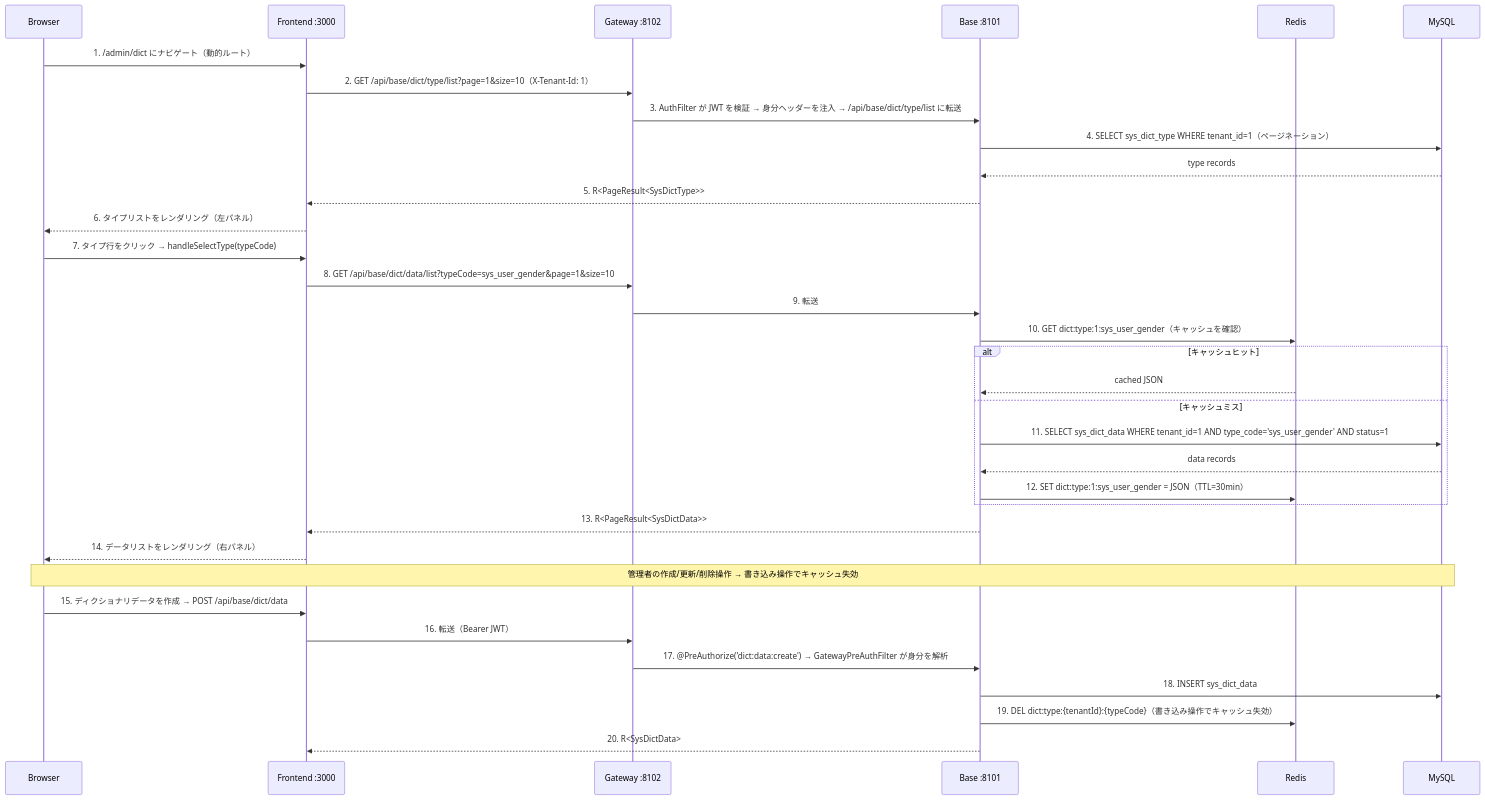
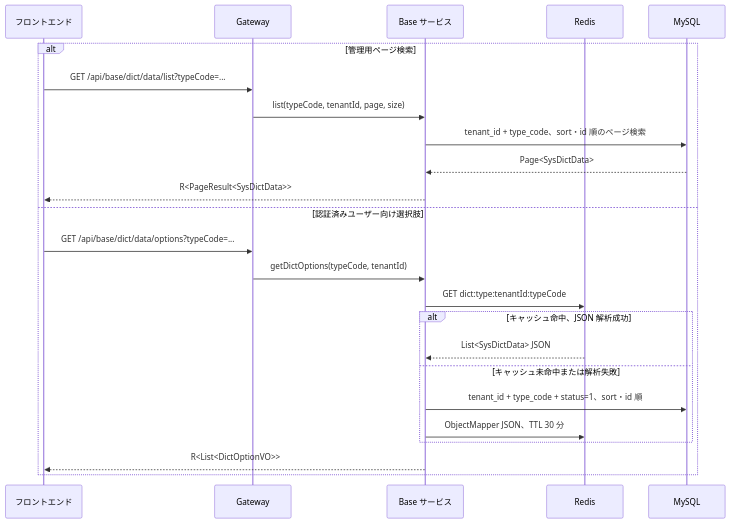
Before and after one commit to wang-baohai/Omni-Stack: the ninth of 21 diagrams in docs/core-flows.jp.md, drawn with Mermaid. The commit also changed other lines of this file and 1095 other files, not shown here.

````diff
--- a/docs/core-flows.jp.md
+++ b/docs/core-flows.jp.md
@@ -1042,39 +850,26 @@
 ```mermaid
 sequenceDiagram
-    participant B as Browser
-    participant F as Frontend :3000
-    participant G as Gateway :8102
-    participant Base as Base :8101
+    participant F as フロントエンド
+    participant G as Gateway
+    participant B as Base サービス
     participant R as Redis
-    participant M as MySQL
-
-    B->>F: 1. /admin/dict にナビゲート（動的ルート）
-    F->>G: 2. GET /api/base/dict/type/list?page=1&size=10（X-Tenant-Id: 1）
-    G->>Base: 3. AuthFilter が JWT を検証 → 身分ヘッダーを注入 → /api/base/dict/type/list に転送
-    Base->>M: 4. SELECT sys_dict_type WHERE tenant_id=1（ページネーション）
-    M-->>Base: type records
-    Base-->>F: 5. R<PageResult<SysDictType>>
-    F-->>B: 6. タイプリストをレンダリング（左パネル）
-
-    B->>F: 7. タイプ行をクリック → handleSelectType(typeCode)
-    F->>G: 8. GET /api/base/dict/data/list?typeCode=sys_user_gender&page=1&size=10
-    G->>Base: 9. 転送
-    Base->>R: 10. GET dict:type:1:sys_user_gender（キャッシュを確認）
-    alt キャッシュヒット
-        R-->>Base: cached JSON
-    else キャッシュミス
-        Base->>M: 11. SELECT sys_dict_data WHERE tenant_id=1 AND type_code='sys_user_gender' AND status=1
-        M-->>Base: data records
-        Base->>R: 12. SET dict:type:1:sys_user_gender = JSON（TTL=30min）
+    participant D as MySQL
+    alt 管理用ページ検索
+        F->>G: GET /api/base/dict/data/list?typeCode=...
+        G->>B: list(typeCode, tenantId, page, size)
+        B->>D: tenant_id + type_code、sort・id 順のページ検索
+        D-->>B: Page<SysDictData>
+        B-->>F: R<PageResult<SysDictData>>
+    else 認証済みユーザー向け選択肢
+        F->>G: GET /api/base/dict/data/options?typeCode=...
+        G->>B: getDictOptions(typeCode, tenantId)
+        B->>R: GET dict:type:tenantId:typeCode
+        alt キャッシュ命中、JSON 解析成功
+            R-->>B: List<SysDictData> JSON
+        else キャッシュ未命中または解析失敗
+            B->>D: tenant_id + type_code + status=1、sort・id 順
+            B->>R: ObjectMapper JSON、TTL 30 分
+        end
+        B-->>F: R<List<DictOptionVO>>
     end
-    Base-->>F: 13. R<PageResult<SysDictData>>
-    F-->>B: 14. データリストをレンダリング（右パネル）
-
-    Note over B,M: 管理者の作成/更新/削除操作 → 書き込み操作でキャッシュ失効
-    B->>F: 15. ディクショナリデータを作成 → POST /api/base/dict/data
-    F->>G: 16. 転送（Bearer JWT）
-    G->>Base: 17. @PreAuthorize('dict:data:create') → GatewayPreAuthFilter が身分を解析
-    Base->>M: 18. INSERT sys_dict_data
-    Base->>R: 19. DEL dict:type:{tenantId}:{typeCode}（書き込み操作でキャッシュ失効）
-    Base-->>F: 20. R<SysDictData>
 ```
````
